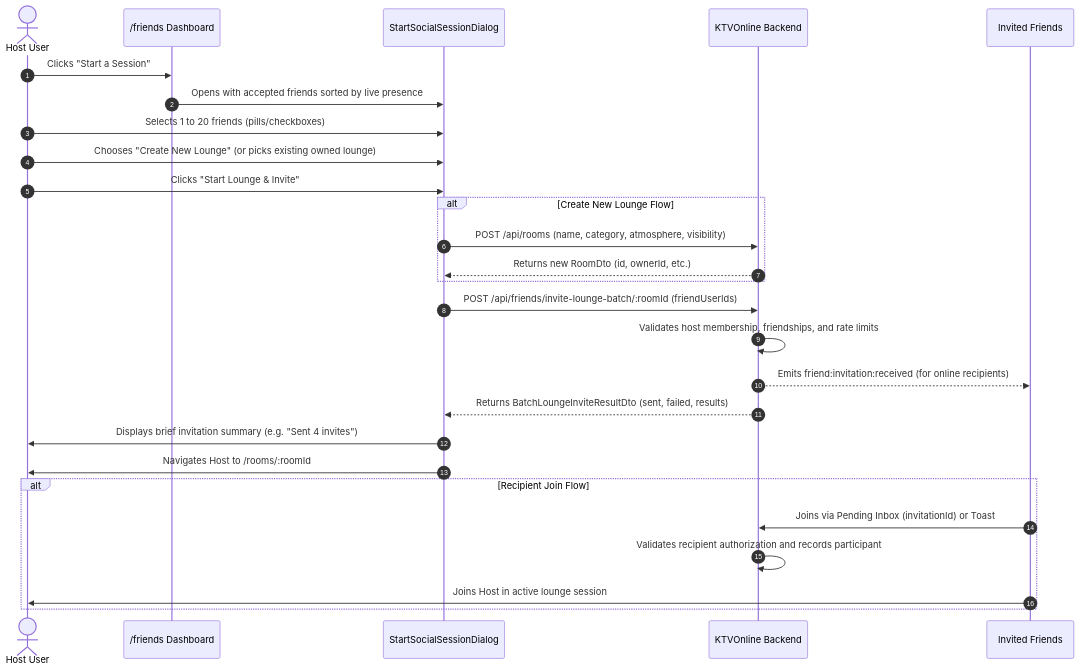
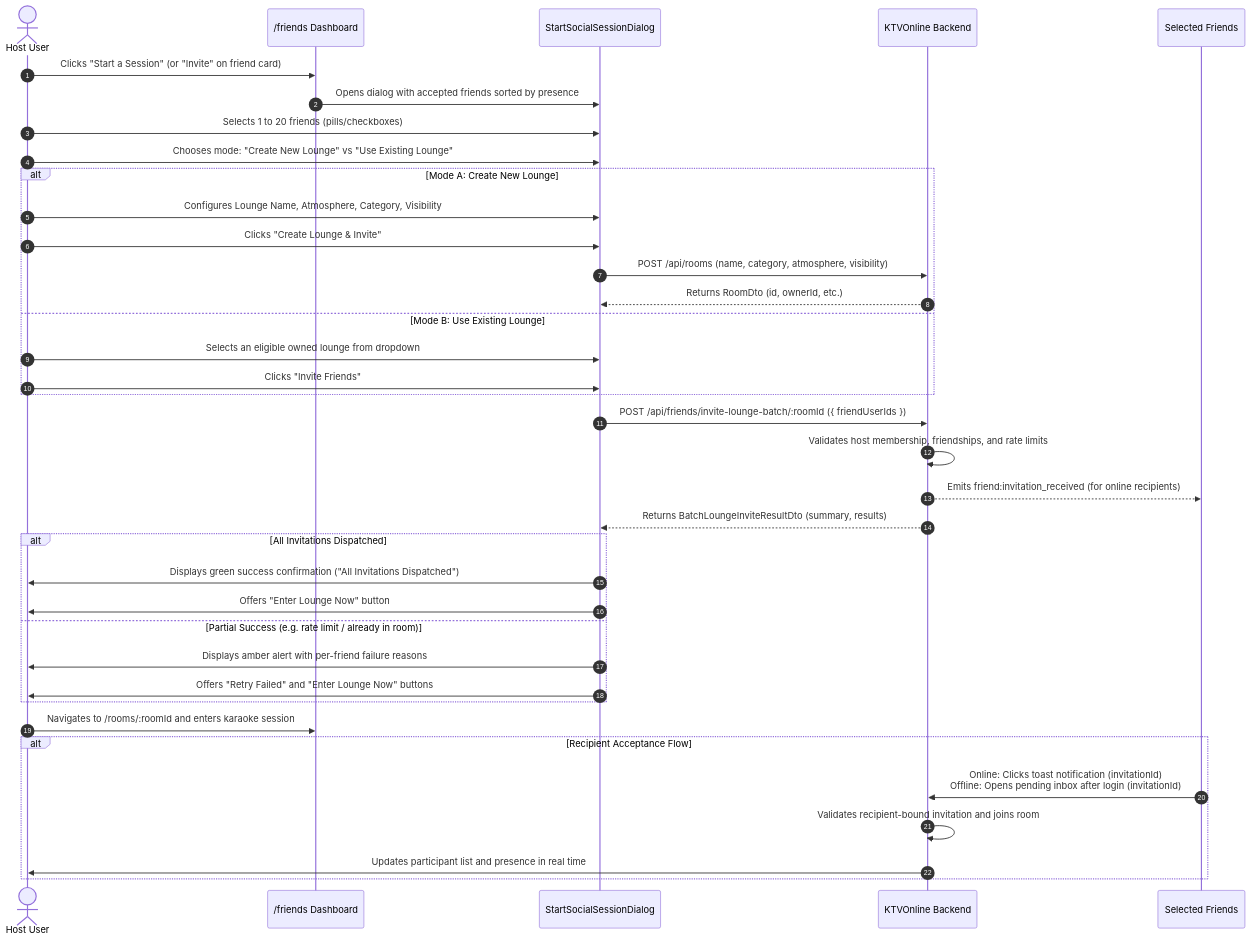
Before and after one commit to ckickendev/ktv-online: the diagram in docs/SPRINT_5_7_PHASE_3_PLANNING_REPORT.md, drawn with Mermaid. The commit also changed other lines of this file, not shown here.

Commit message:
docs(planning): update Sprint 5.7 Phase 3 architecture readiness assessment

````diff
--- a/docs/SPRINT_5_7_PHASE_3_PLANNING_REPORT.md
+++ b/docs/SPRINT_5_7_PHASE_3_PLANNING_REPORT.md
@@ -50,34 +52,45 @@
 ```mermaid
 sequenceDiagram
   autonumber
   actor Host as Host User
-  participant FP as /friends Dashboard
-  participant Modal as StartSocialSessionDialog
+  participant UI as /friends Dashboard
+  participant Dialog as StartSocialSessionDialog
   participant API as KTVOnline Backend
-  participant Recipient as Invited Friends
+  participant Friends as Selected Friends
 
-  Host->>FP: Clicks "Start a Session"
-  FP->>Modal: Opens with accepted friends sorted by live presence
-  Host->>Modal: Selects 1 to 20 friends (pills/checkboxes)
-  Host->>Modal: Chooses "Create New Lounge" (or picks existing owned lounge)
-  Host->>Modal: Clicks "Start Lounge & Invite"
+  Host->>UI: Clicks "Start a Session" (or "Invite" on friend card)
+  UI->>Dialog: Opens dialog with accepted friends sorted by presence
+  Host->>Dialog: Selects 1 to 20 friends (pills/checkboxes)
+  Host->>Dialog: Chooses mode: "Create New Lounge" vs "Use Existing Lounge"
   
-  alt Create New Lounge Flow
-    Modal->>API: POST /api/rooms (name, category, atmosphere, visibility)
-    API-->>Modal: Returns new RoomDto (id, ownerId, etc.)
+  alt Mode A: Create New Lounge
+    Host->>Dialog: Configures Lounge Name, Atmosphere, Category, Visibility
+    Host->>Dialog: Clicks "Create Lounge & Invite"
+    Dialog->>API: POST /api/rooms (name, category, atmosphere, visibility)
+    API-->>Dialog: Returns RoomDto (id, ownerId, etc.)
+  else Mode B: Use Existing Lounge
+    Host->>Dialog: Selects an eligible owned lounge from dropdown
+    Host->>Dialog: Clicks "Invite Friends"
   end
+
+  Dialog->>API: POST /api/friends/invite-lounge-batch/:roomId ({ friendUserIds })
+  API->>API: Validates host membership, friendships, and rate limits
+  API-->>Friends: Emits friend:invitation_received (for online recipients)
+  API-->>Dialog: Returns BatchLoungeInviteResultDto (summary, results)
+
+  alt All Invitations Dispatched
+    Dialog->>Host: Displays green success confirmation ("All Invitations Dispatched")
+    Dialog->>Host: Offers "Enter Lounge Now" button
+  else Partial Success (e.g. rate limit / already in room)
+    Dialog->>Host: Displays amber alert with per-friend failure reasons
+    Dialog->>Host: Offers "Retry Failed" and "Enter Lounge Now" buttons
+  end
+
+  Host->>UI: Navigates to /rooms/:roomId and enters karaoke session
   
-  Modal->>API: POST /api/friends/invite-lounge-batch/:roomId (friendUserIds)
-  API->>API: Validates host membership, friendships, and rate limits
-  API-->>Recipient: Emits friend:invitation:received (for online recipients)
-  API-->>Modal: Returns BatchLoungeInviteResultDto (sent, failed, results)
-  
-  Modal->>Host: Displays brief invitation summary (e.g. "Sent 4 invites")
-  Modal->>Host: Navigates Host to /rooms/:roomId
-  
-  alt Recipient Join Flow
-    Recipient->>API: Joins via Pending Inbox (invitationId) or Toast
-    API->>API: Validates recipient authorization and records participant
-    Recipient->>Host: Joins Host in active lounge session
+  alt Recipient Acceptance Flow
+    Friends->>API: Online: Clicks toast notification (invitationId)<br/>Offline: Opens pending inbox after login (invitationId)
+    API->>API: Validates recipient-bound invitation and joins room
+    API->>Host: Updates participant list and presence in real time
   end
 ```
````
